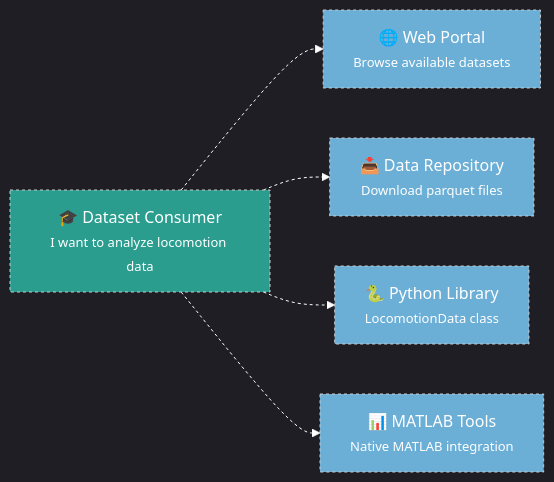
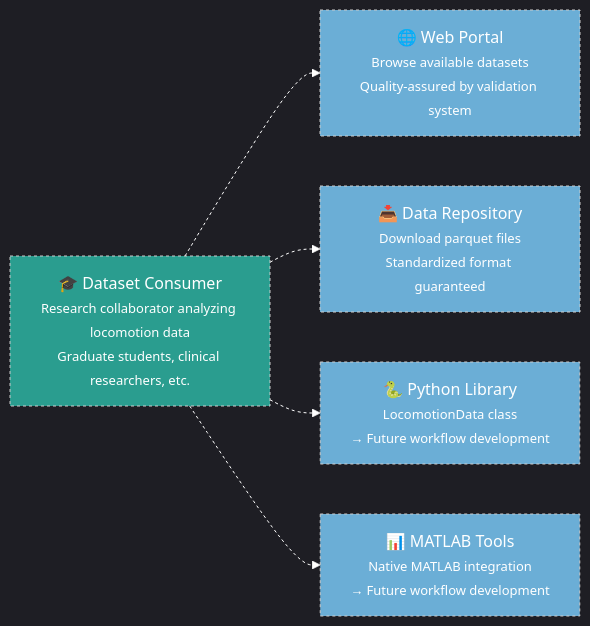
One commit to jmontp/LocoHub changed the fourth of 7 diagrams in docs/software_engineering/11_c4_context.md. Above: the diagram before and after it, drawn with Mermaid. The commit also changed other lines of this file and 19 other files, not shown here.

````diff
--- a/docs/software_engineering/11_c4_context.md
+++ b/docs/software_engineering/11_c4_context.md
@@ -64,18 +131,18 @@
 ```mermaid
 %%{init: {'theme': 'dark'}}%%
 graph LR
-    DC["🎓 Dataset Consumer<br/><font size='-1'>I want to analyze locomotion data</font>"]
+    DC["🎓 Dataset Consumer<br/><font size='-1'>Research collaborator analyzing locomotion data<br/>Graduate students, clinical researchers, etc.</font>"]
     
-    DC --> BROWSE["🌐 Web Portal<br/><font size='-1'>Browse available datasets</font>"]
-    DC --> DOWNLOAD["📥 Data Repository<br/><font size='-1'>Download parquet files</font>"]
-    DC --> PYTHON["🐍 Python Library<br/><font size='-1'>LocomotionData class</font>"]
-    DC --> MATLAB["📊 MATLAB Tools<br/><font size='-1'>Native MATLAB integration</font>"]
+    DC --> BROWSE["🌐 Web Portal<br/><font size='-1'>Browse available datasets<br/>Quality-assured by validation system</font>"]
+    DC --> DOWNLOAD["📥 Data Repository<br/><font size='-1'>Download parquet files<br/>Standardized format guaranteed</font>"]
+    DC --> PYTHON["🐍 Python Library<br/><font size='-1'>LocomotionData class<br/>→ Future workflow development</font>"]
+    DC --> MATLAB["📊 MATLAB Tools<br/><font size='-1'>Native MATLAB integration<br/>→ Future workflow development</font>"]
     
     style DC fill:#2a9d8f,color:white,stroke-dasharray:3
     style BROWSE fill:#6baed6,color:white,stroke-dasharray:3
     style DOWNLOAD fill:#6baed6,color:white,stroke-dasharray:3
     style PYTHON fill:#6baed6,color:white,stroke-dasharray:3
     style MATLAB fill:#6baed6,color:white,stroke-dasharray:3
     
     linkStyle default stroke:white,stroke-dasharray:3
 ```
````
